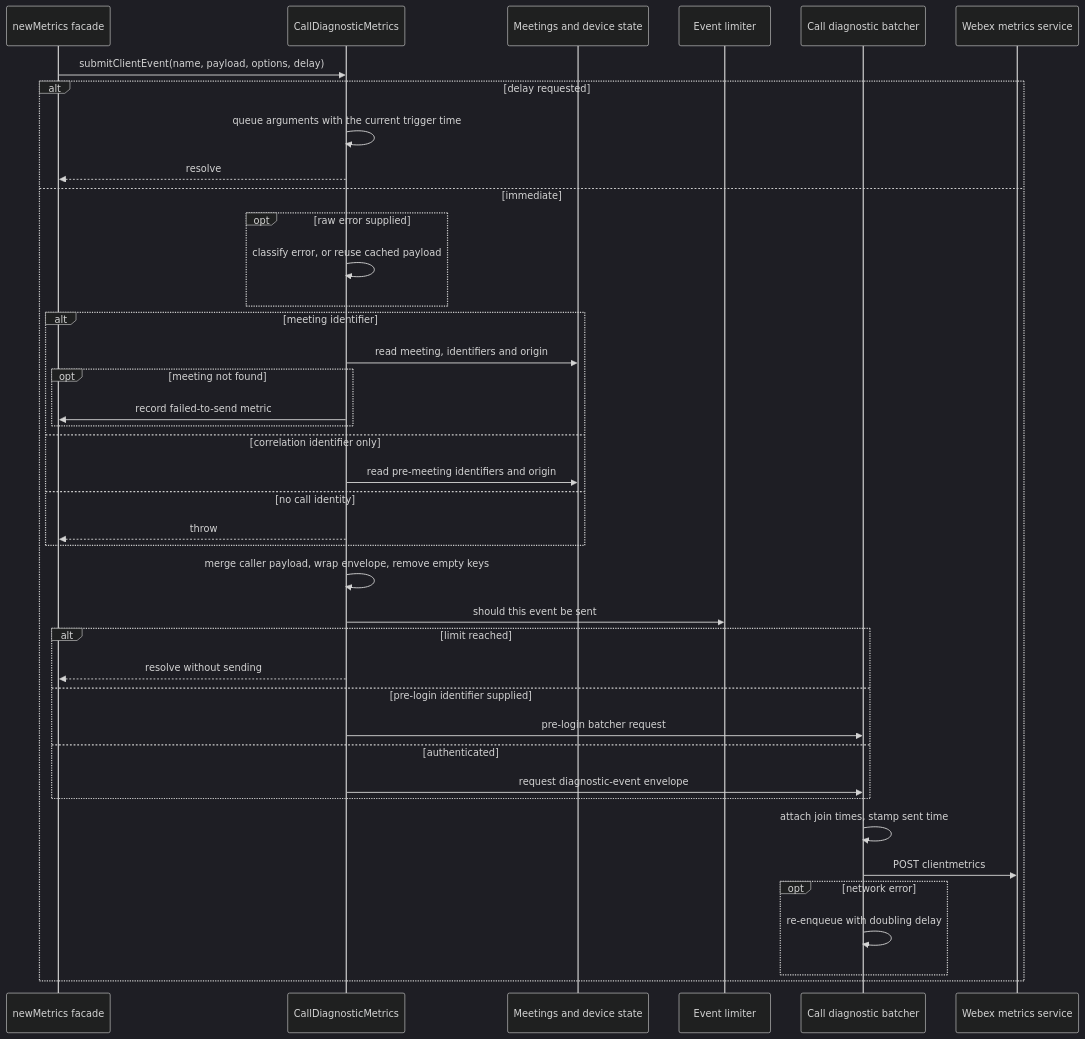
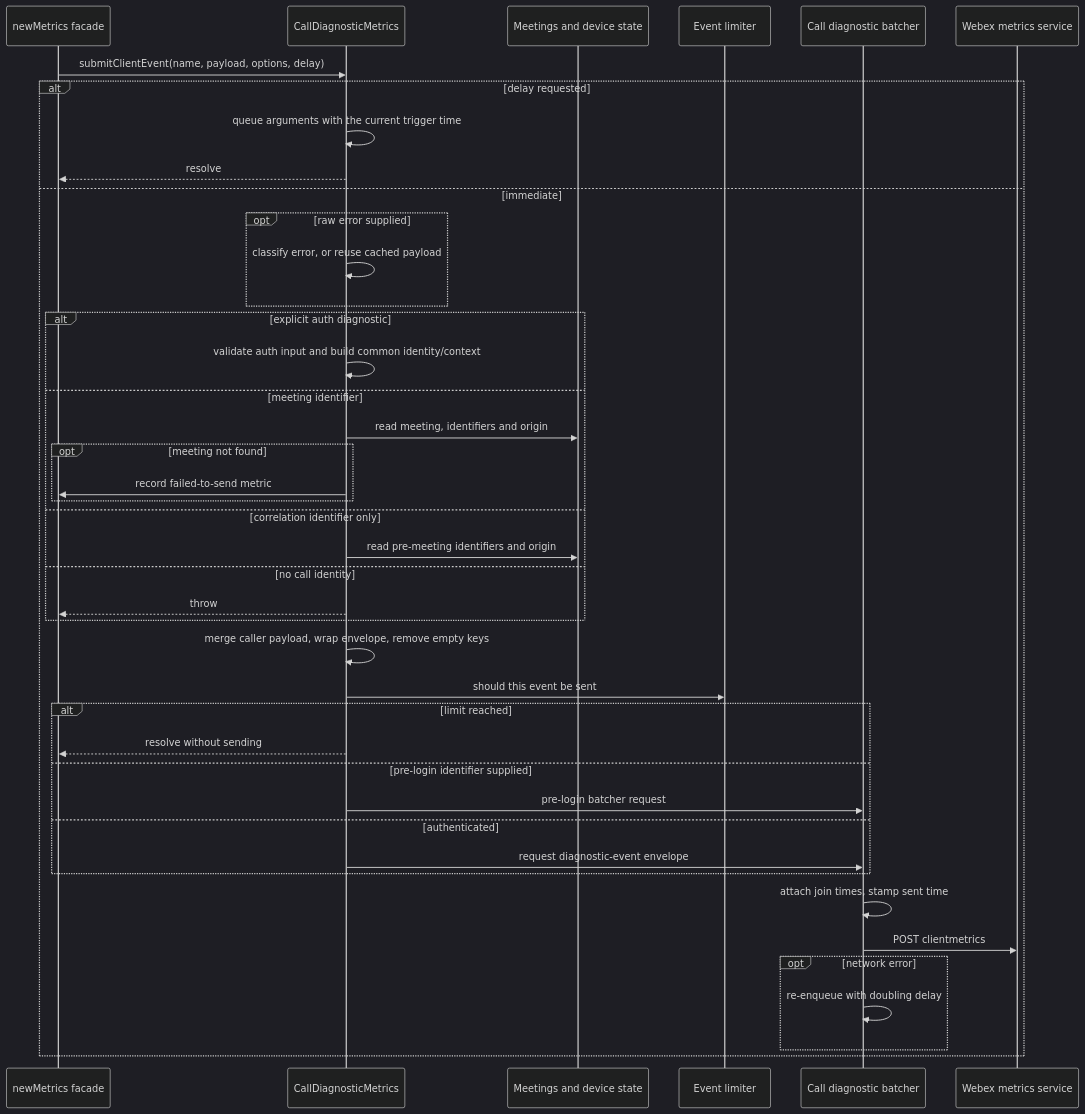
The first of 5 diagrams in packages/@webex/internal-plugin-metrics/src/call-diagnostic/docs/README.md (webex/webex-js-sdk), drawn with Mermaid (dark theme) before and after one commit. The commit also changed other lines of this file and 7 other files, not shown here.

Commit message:
refactor(metrics): build auth diagnostics through an explicit path

````diff
--- a/packages/@webex/internal-plugin-metrics/src/call-diagnostic/docs/README.md
+++ b/packages/@webex/internal-plugin-metrics/src/call-diagnostic/docs/README.md
@@ -218,42 +224,44 @@
 ```mermaid
 sequenceDiagram
   participant Facade as newMetrics facade
   participant CD as CallDiagnosticMetrics
   participant Host as Meetings and device state
   participant Limiter as Event limiter
   participant Batcher as Call diagnostic batcher
   participant Svc as Webex metrics service
   Facade->>CD: submitClientEvent(name, payload, options, delay)
   alt delay requested
     CD->>CD: queue arguments with the current trigger time
     CD-->>Facade: resolve
   else immediate
     opt raw error supplied
       CD->>CD: classify error, or reuse cached payload
     end
-    alt meeting identifier
+    alt explicit auth diagnostic
+      CD->>CD: validate auth input and build common identity/context
+    else meeting identifier
       CD->>Host: read meeting, identifiers and origin
       opt meeting not found
         CD->>Facade: record failed-to-send metric
       end
     else correlation identifier only
       CD->>Host: read pre-meeting identifiers and origin
     else no call identity
       CD-->>Facade: throw
     end
     CD->>CD: merge caller payload, wrap envelope, remove empty keys
     CD->>Limiter: should this event be sent
     alt limit reached
       CD-->>Facade: resolve without sending
     else pre-login identifier supplied
       CD->>Batcher: pre-login batcher request
     else authenticated
       CD->>Batcher: request diagnostic-event envelope
     end
     Batcher->>Batcher: attach join times, stamp sent time
     Batcher->>Svc: POST clientmetrics
     opt network error
       Batcher->>Batcher: re-enqueue with doubling delay
     end
   end
 ```
````
